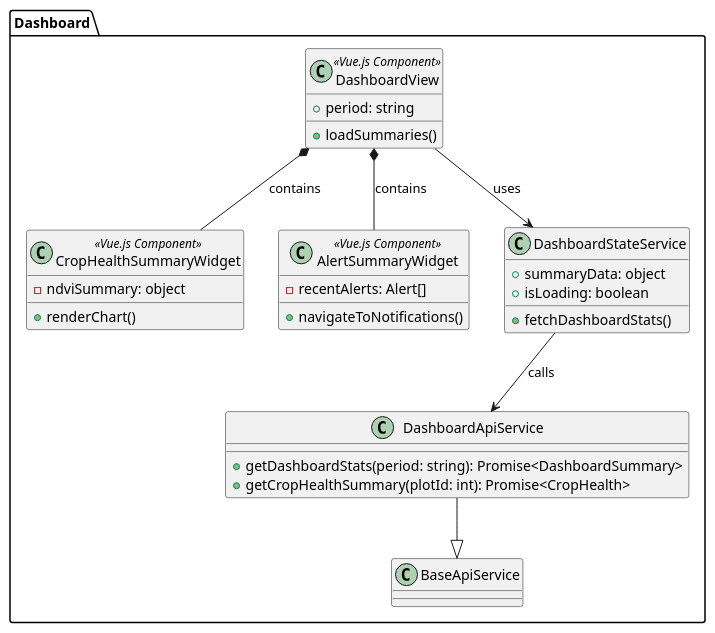
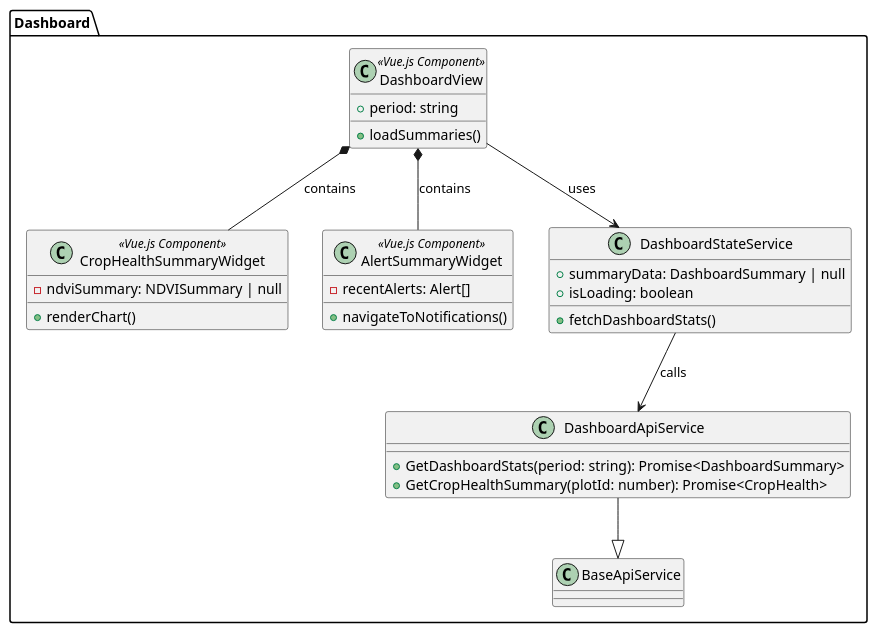
One commit to upc-pre-1asi0730-2610-10215-arcadiadevs/viora-report changed the diagram in report/assets/diagram-sources/class-diagrams/dashboard-ui-component-diagram.puml. Above: the diagram before and after it, drawn with PlantUML. The commit also changed 24 other files, not shown here.

First line of the commit message:
refactor(diagram-sources): apply industry-standard naming conventions to class diagrams

```diff
--- a/report/assets/diagram-sources/class-diagrams/dashboard-ui-component-diagram.puml
+++ b/report/assets/diagram-sources/class-diagrams/dashboard-ui-component-diagram.puml
@@ -1,35 +1,35 @@
 @startuml
 package "Dashboard" {
     class DashboardView <<Vue.js Component>> {
         + period: string
         + loadSummaries()
     }
 
     class CropHealthSummaryWidget <<Vue.js Component>> {
-        - ndviSummary: object
+        - ndviSummary: NDVISummary | null
         + renderChart()
     }
 
     class AlertSummaryWidget <<Vue.js Component>> {
         - recentAlerts: Alert[]
         + navigateToNotifications()
     }
 
     class DashboardStateService {
-        + summaryData: object
+        + summaryData: DashboardSummary | null
         + isLoading: boolean
         + fetchDashboardStats()
     }
 
     class DashboardApiService {
-        + getDashboardStats(period: string): Promise<DashboardSummary>
-        + getCropHealthSummary(plotId: int): Promise<CropHealth>
+        + GetDashboardStats(period: string): Promise<DashboardSummary>
+        + GetCropHealthSummary(plotId: number): Promise<CropHealth>
     }
 
     DashboardApiService --|> BaseApiService
     DashboardView *-- CropHealthSummaryWidget : contains
     DashboardView *-- AlertSummaryWidget : contains
     DashboardView --> DashboardStateService : uses
     DashboardStateService --> DashboardApiService : calls
 }
 @enduml
```
